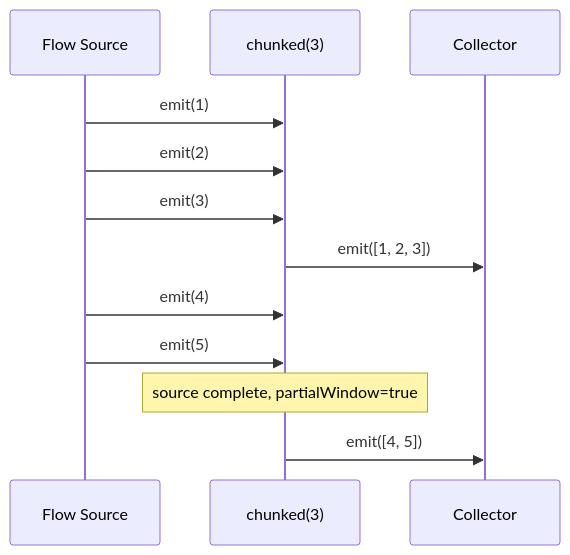
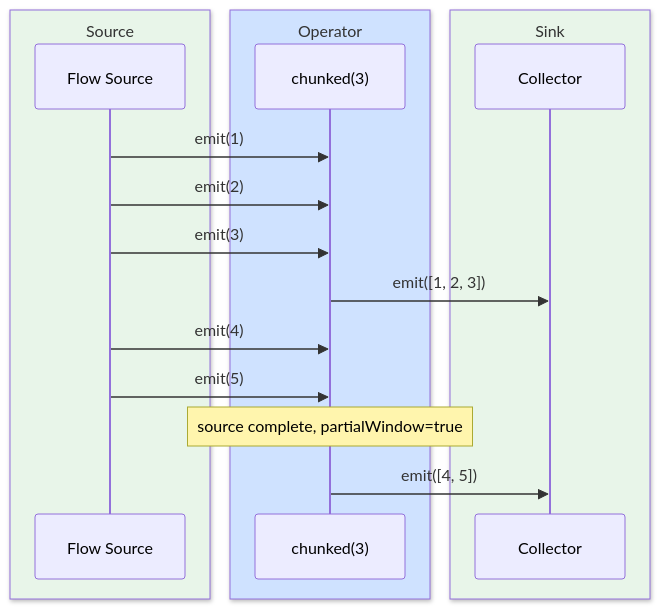
One commit to bluetape4k/bluetape4k-projects changed the fifth of 16 diagrams in bluetape4k/coroutines/README.md. Above: the diagram before and after it, drawn with Mermaid. The commit also changed other lines of this file and 221 other files, not shown here.

First line of the commit message:
docs: 전체 모듈 README UML 다이어그램 보강 및 색상 업그레이드

````diff
--- a/bluetape4k/coroutines/README.md
+++ b/bluetape4k/coroutines/README.md
@@ -337,14 +384,20 @@
 ```mermaid
 sequenceDiagram
-    participant S as Flow Source
-    participant C as chunked(3)
-    participant R as Collector
+    box rgb(232, 245, 233) Source
+        participant S as Flow Source
+    end
+    box rgb(207, 226, 255) Operator
+        participant C as chunked(3)
+    end
+    box rgb(232, 245, 233) Sink
+        participant R as Collector
+    end
     S ->> C: emit(1)
     S ->> C: emit(2)
     S ->> C: emit(3)
     C ->> R: emit([1, 2, 3])
     S ->> C: emit(4)
     S ->> C: emit(5)
     Note over C: source complete, partialWindow=true
     C ->> R: emit([4, 5])
 ```
````
